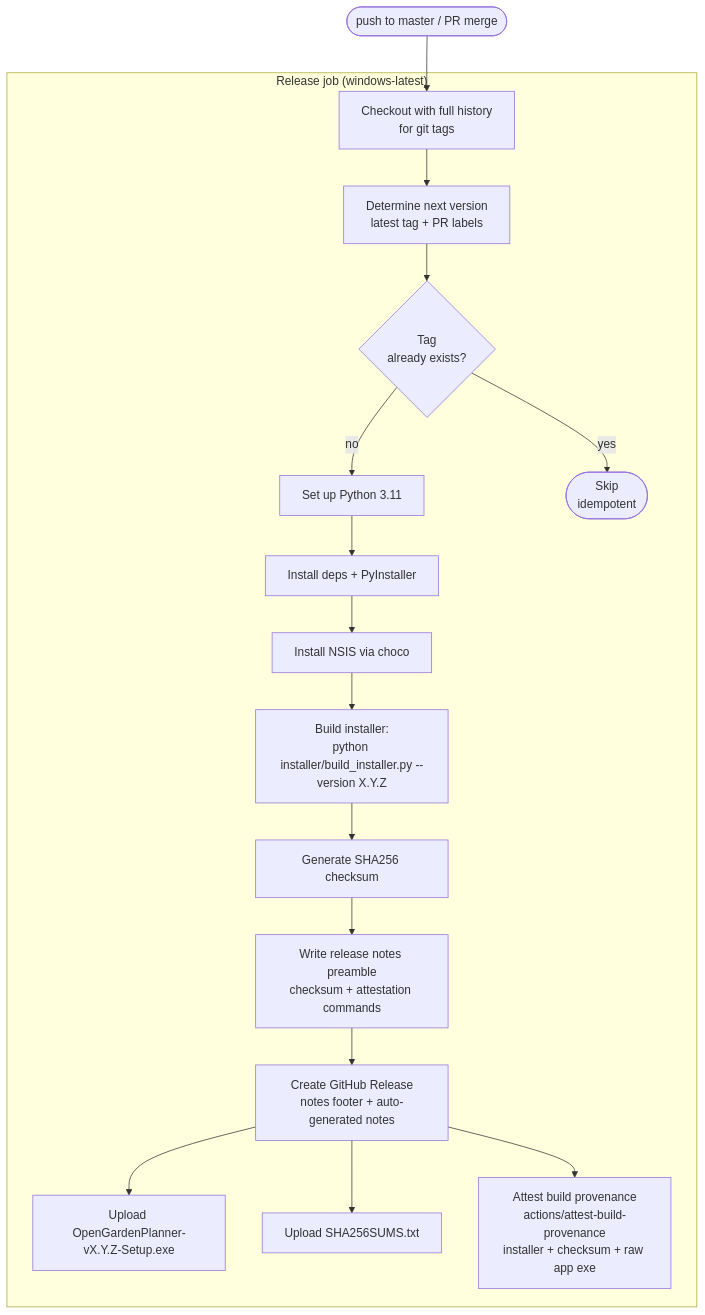
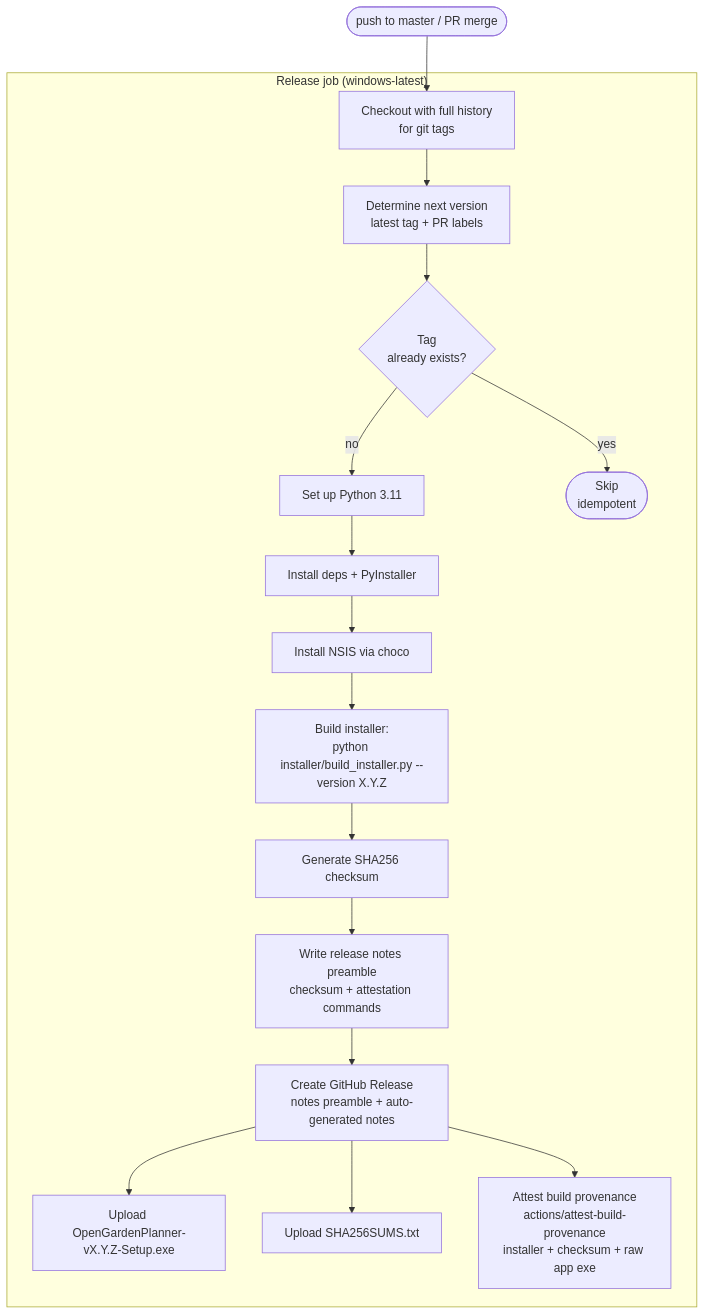
Before and after one commit to cofade/open-garden-planner: the third of 3 diagrams in docs/07-deployment-view/README.md, drawn with Mermaid. The commit also changed 2 other files, not shown here.

````diff
--- a/docs/07-deployment-view/README.md
+++ b/docs/07-deployment-view/README.md
@@ -229,29 +229,29 @@
 ```mermaid
 flowchart TD
     Trigger(["push to master / PR merge"])
     subgraph Job["Release job (windows-latest)"]
         R1[Checkout with full history<br/>for git tags]
         R2[Determine next version<br/>latest tag + PR labels]
         R3{Tag<br/>already exists?}
         R4[Set up Python 3.11]
         R5[Install deps + PyInstaller]
         R6[Install NSIS via choco]
         R7["Build installer:<br/>python installer/build_installer.py --version X.Y.Z"]
         R8[Generate SHA256 checksum]
         R8b[Write release notes preamble<br/>checksum + attestation commands]
-        R9[Create GitHub Release<br/>notes footer + auto-generated notes]
+        R9[Create GitHub Release<br/>notes preamble + auto-generated notes]
         R10a[Upload OpenGardenPlanner-vX.Y.Z-Setup.exe]
         R10b[Upload SHA256SUMS.txt]
         R11["Attest build provenance<br/>actions/attest-build-provenance<br/>installer + checksum + raw app exe"]
         Skip([Skip<br/>idempotent])
 
         R1 --> R2 --> R3
         R3 -->|yes| Skip
         R3 -->|no| R4 --> R5 --> R6 --> R7 --> R8 --> R8b --> R9
         R9 --> R10a
         R9 --> R10b
         R9 --> R11
     end
 
     Trigger --> R1
 ```
````
